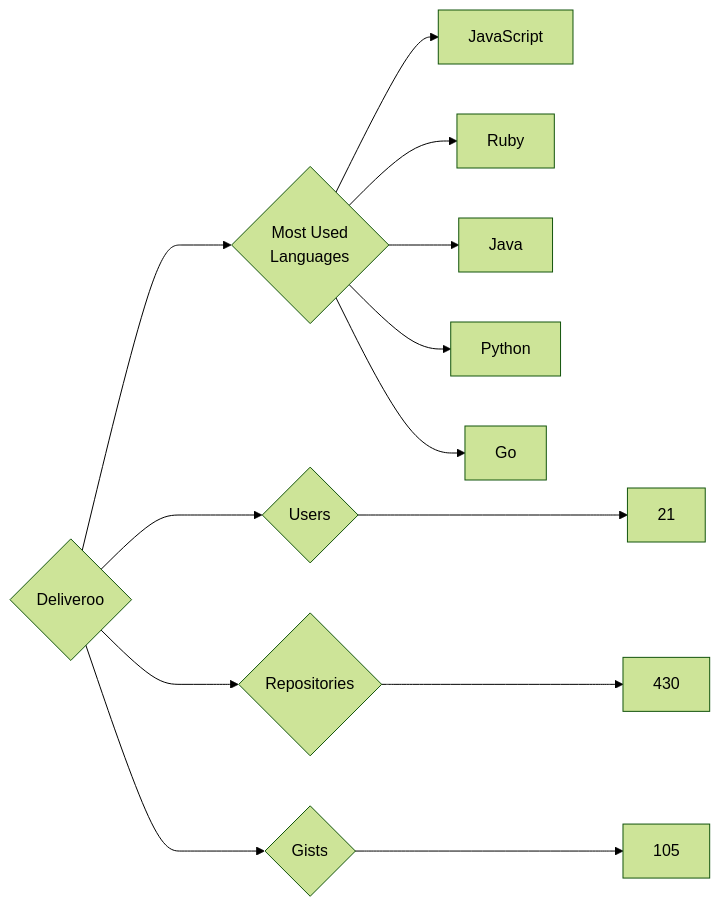
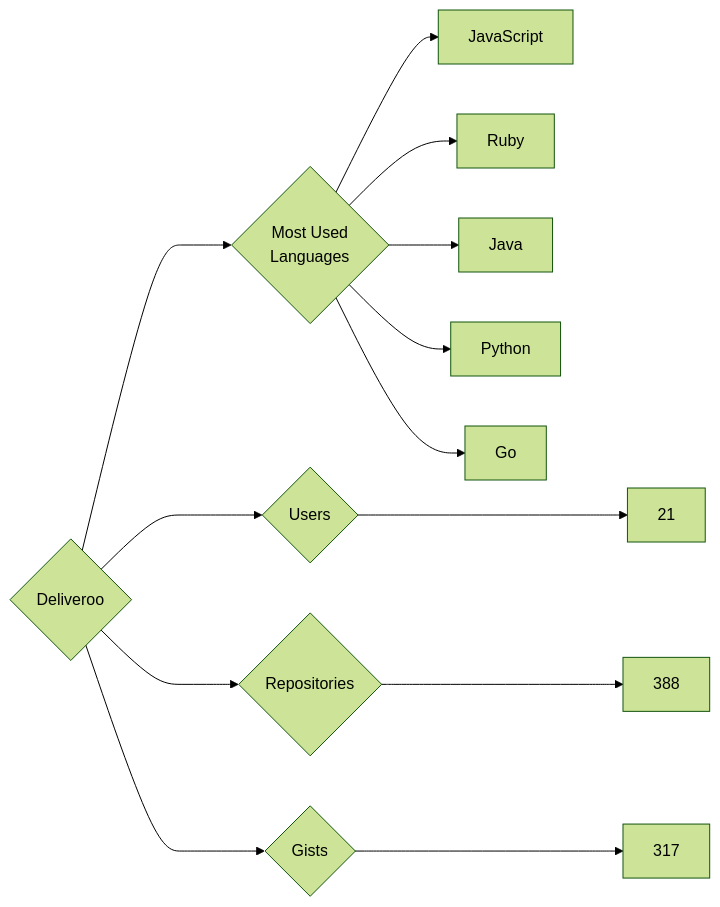
One commit to trickest/insiders changed the diagram in targets/Deliveroo/README.md. Above: the diagram before and after it, drawn with Mermaid (forest theme). The commit also changed 847 other files, not shown here.

````diff
--- a/targets/Deliveroo/README.md
+++ b/targets/Deliveroo/README.md
@@ -3,13 +3,13 @@
 ```mermaid
 graph LR
 COMPANY_NAME{Deliveroo}
 COMPANY_NAME ---> U{Users} ---> UN[21]
-COMPANY_NAME ---> R{Repositories} ---> RN[430]
-COMPANY_NAME ---> G{Gists} ---> GN[105]
+COMPANY_NAME ---> R{Repositories} ---> RN[388]
+COMPANY_NAME ---> G{Gists} ---> GN[317]
 COMPANY_NAME ---> ML{Most Used<br>Languages}
 ML --> JavaScript[JavaScript]
 ML --> Ruby[Ruby]
 ML --> Java[Java]
 ML --> Python[Python]
 ML --> Go[Go]
 ```
````
